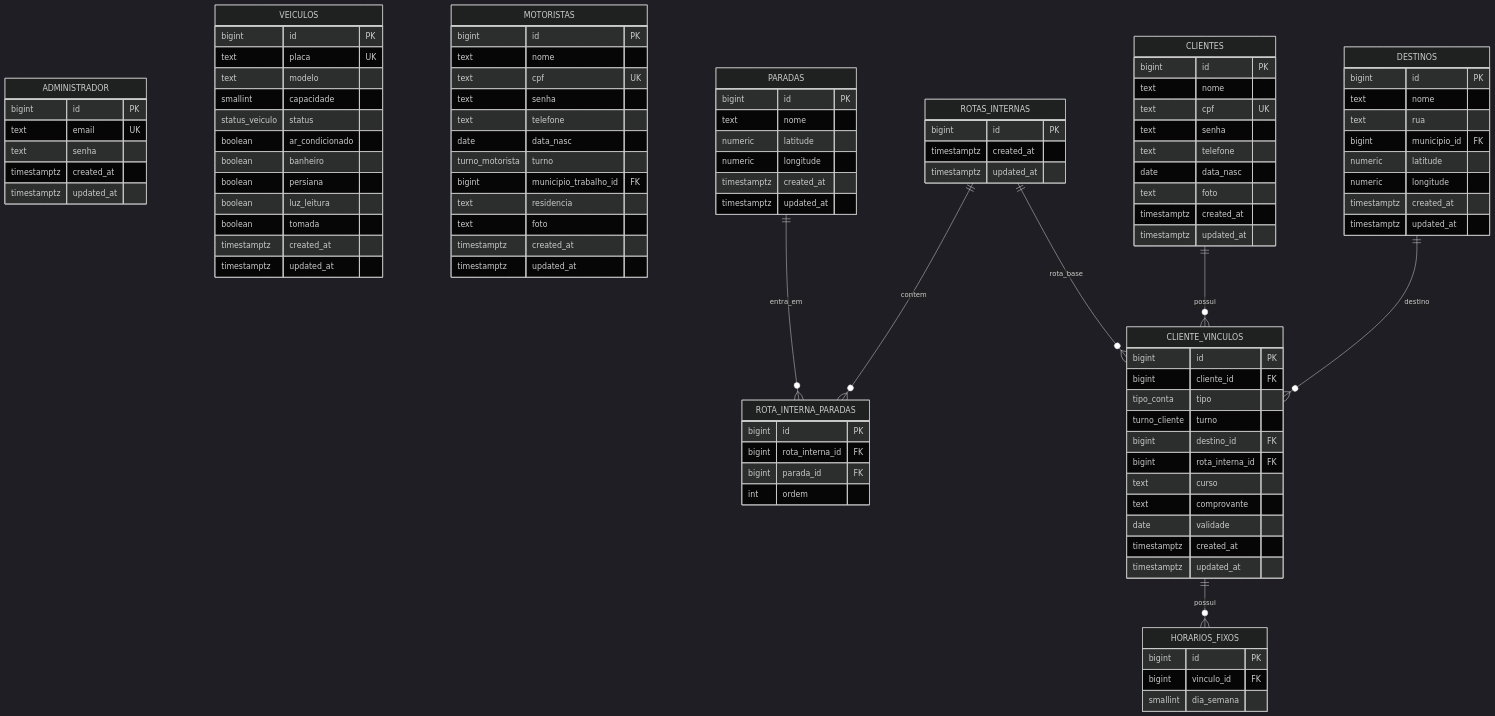
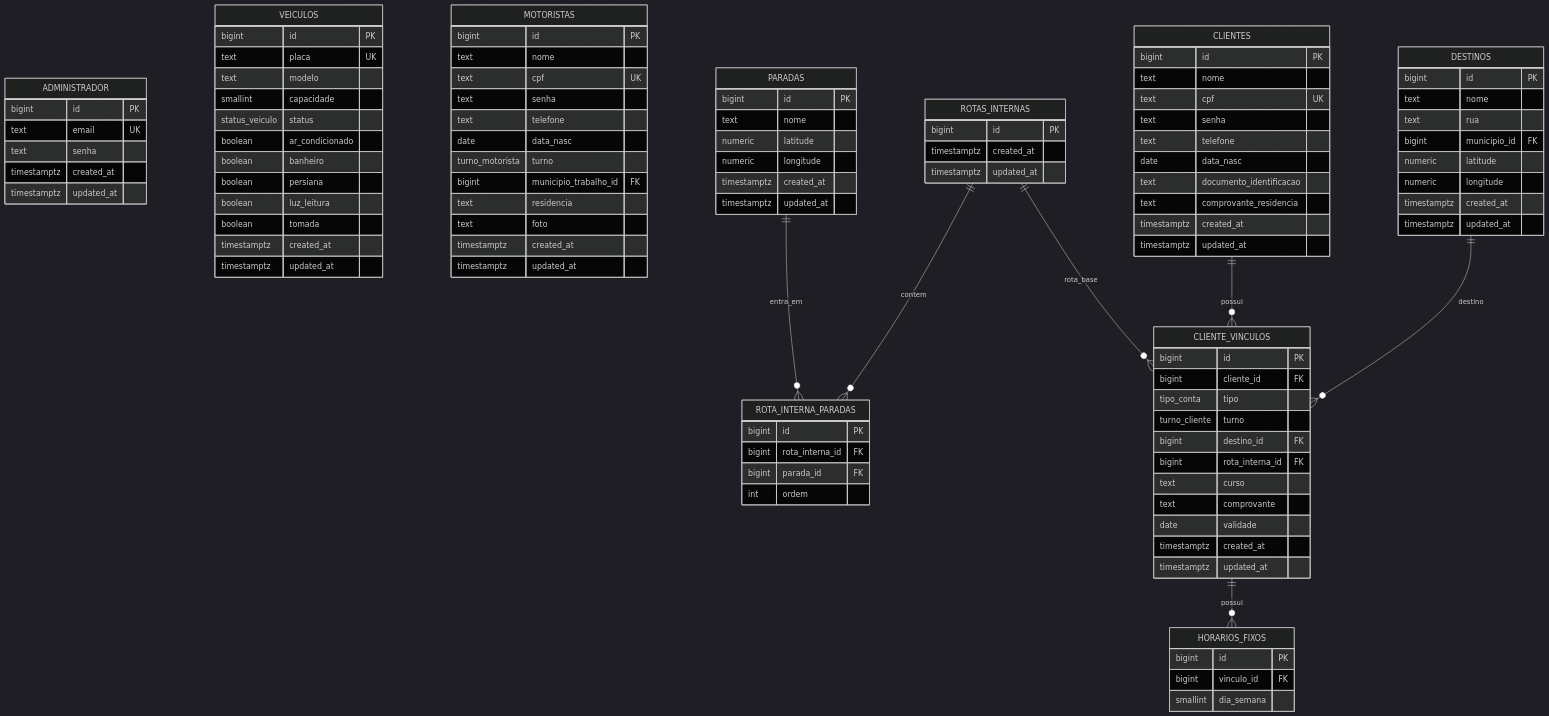
The first of 2 diagrams in docs/modelagem-dados-rotas-reservas-viagens.md (fredsaggio/bondrota-api), drawn with Mermaid (dark theme) before and after one commit. The commit also changed other lines of this file and 16 other files, not shown here.

```diff
--- a/docs/modelagem-dados-rotas-reservas-viagens.md
+++ b/docs/modelagem-dados-rotas-reservas-viagens.md
@@ -92,7 +92,8 @@
         text senha
         text telefone
         date data_nasc
-        text foto
+        text documento_identificacao
+        text comprovante_residencia
         timestamptz created_at
         timestamptz updated_at
     }
```
